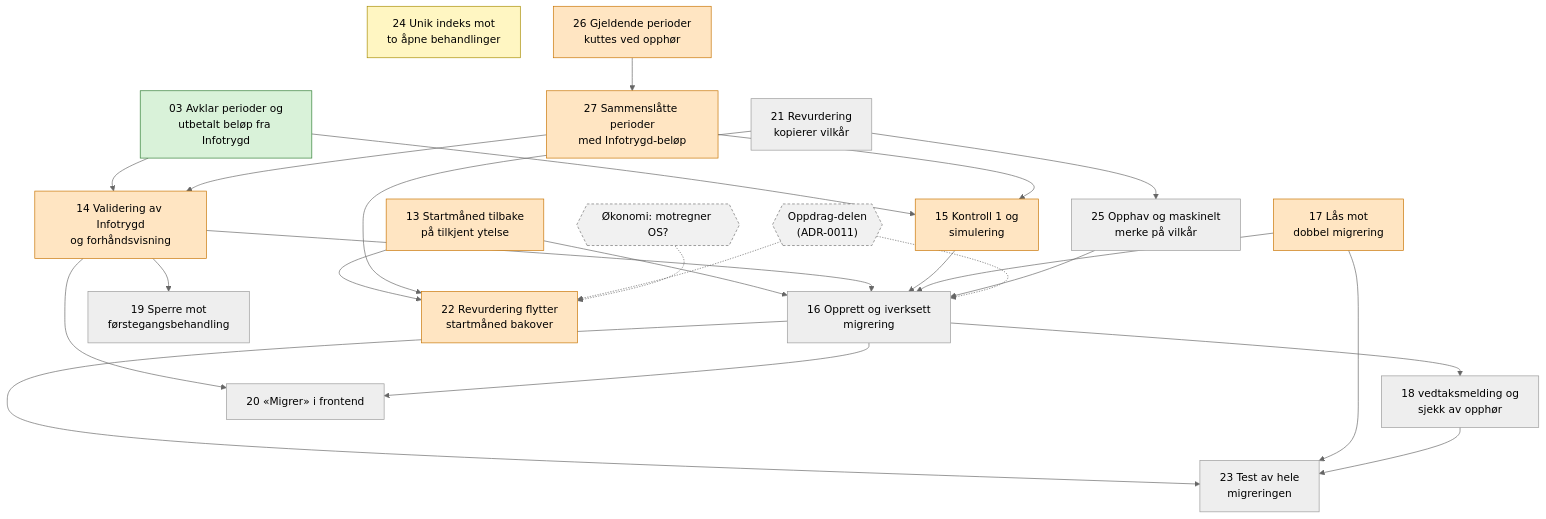
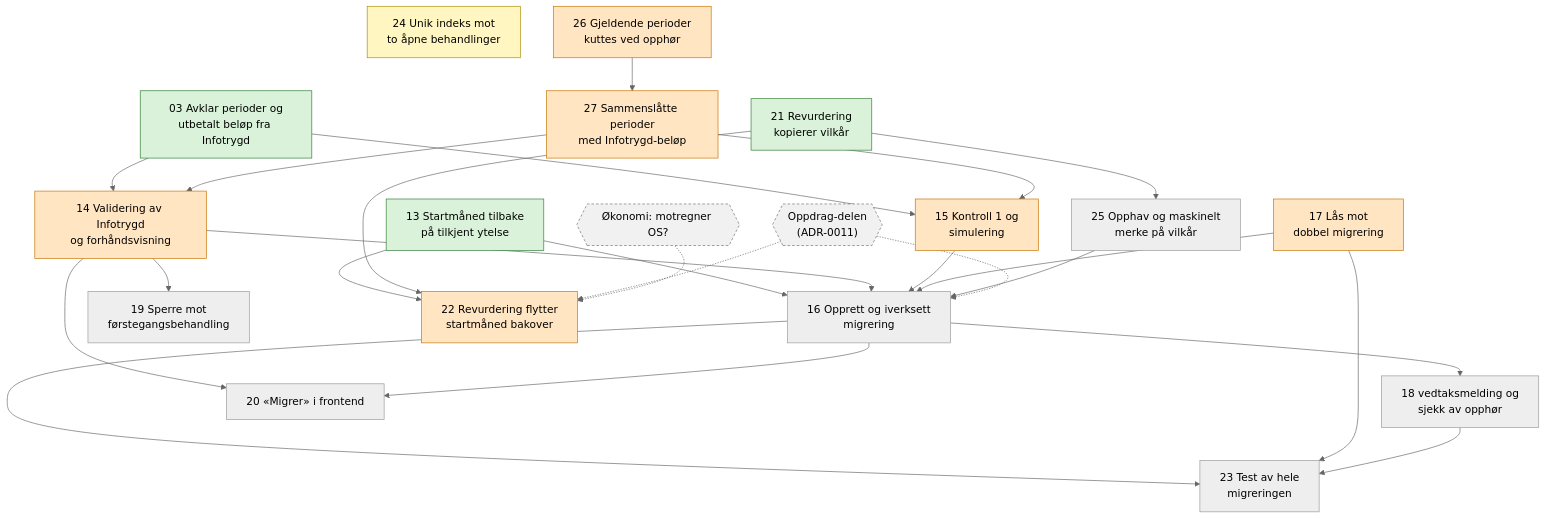
Before and after one commit to navikt/grunn-og-hjelpestonad: the diagram in .scratch/migrering/avhengigheter.md, drawn with Mermaid (neutral theme). The commit also changed other lines of this file and 39 other files, not shown here.

First line of the commit message:
Kutt vedtaksperiode fra infotrygd når stønaden er opphørt (#124)

````diff
--- a/.scratch/migrering/avhengigheter.md
+++ b/.scratch/migrering/avhengigheter.md
@@ -16,60 +16,60 @@
 ```mermaid
 flowchart TD
     T03["03 Avklar perioder og<br/>utbetalt beløp fra Infotrygd"]
     T13["13 Startmåned tilbake<br/>på tilkjent ytelse"]
     T14["14 Validering av Infotrygd<br/>og forhåndsvisning"]
     T15["15 Kontroll 1 og<br/>simulering"]
     T16["16 Opprett og iverksett<br/>migrering"]
     T17["17 Lås mot<br/>dobbel migrering"]
     T18["18 vedtaksmelding og<br/>sjekk av opphør"]
     T19["19 Sperre mot<br/>førstegangsbehandling"]
     T20["20 «Migrer» i frontend"]
     T21["21 Revurdering<br/>kopierer vilkår"]
     T22["22 Revurdering flytter<br/>startmåned bakover"]
     T23["23 Test av hele<br/>migreringen"]
     T24["24 Unik indeks mot<br/>to åpne behandlinger"]
     T25["25 Opphav og maskinelt<br/>merke på vilkår"]
     T26["26 Gjeldende perioder<br/>kuttes ved opphør"]
     T27["27 Sammenslåtte perioder<br/>med Infotrygd-beløp"]
 
     OKO{{"Økonomi: motregner OS?"}}
     OPP{{"Oppdrag-delen<br/>(ADR-0011)"}}
 
     T03 --> T14
     T03 --> T15
     T26 --> T27
     T27 --> T14
     T27 --> T15
 
     T13 --> T16
     T14 --> T16
     T15 --> T16
     T17 --> T16
     T25 --> T16
     T21 --> T25
     OPP -.-> T16
 
     T16 --> T18
     T14 --> T19
     T14 --> T20
     T16 --> T20
 
     T13 --> T22
     T21 --> T22
     OPP -.-> T22
     OKO -.-> T22
 
     T16 --> T23
     T17 --> T23
     T18 --> T23
 
     classDef menneske fill:#ffe5c2,stroke:#c77300
     classDef triage fill:#fff6c2,stroke:#a68b00
     classDef ekstern fill:#f1f1f1,stroke:#707070,stroke-dasharray: 4 3
     classDef loest fill:#d9f2d9,stroke:#2e7d32
 
-    class T13,T14,T15,T17,T22,T26,T27 menneske
-    class T03 loest
+    class T14,T15,T17,T22,T26,T27 menneske
+    class T03,T13,T21 loest
     class T24 triage
     class OKO,OPP ekstern
 ```
````
